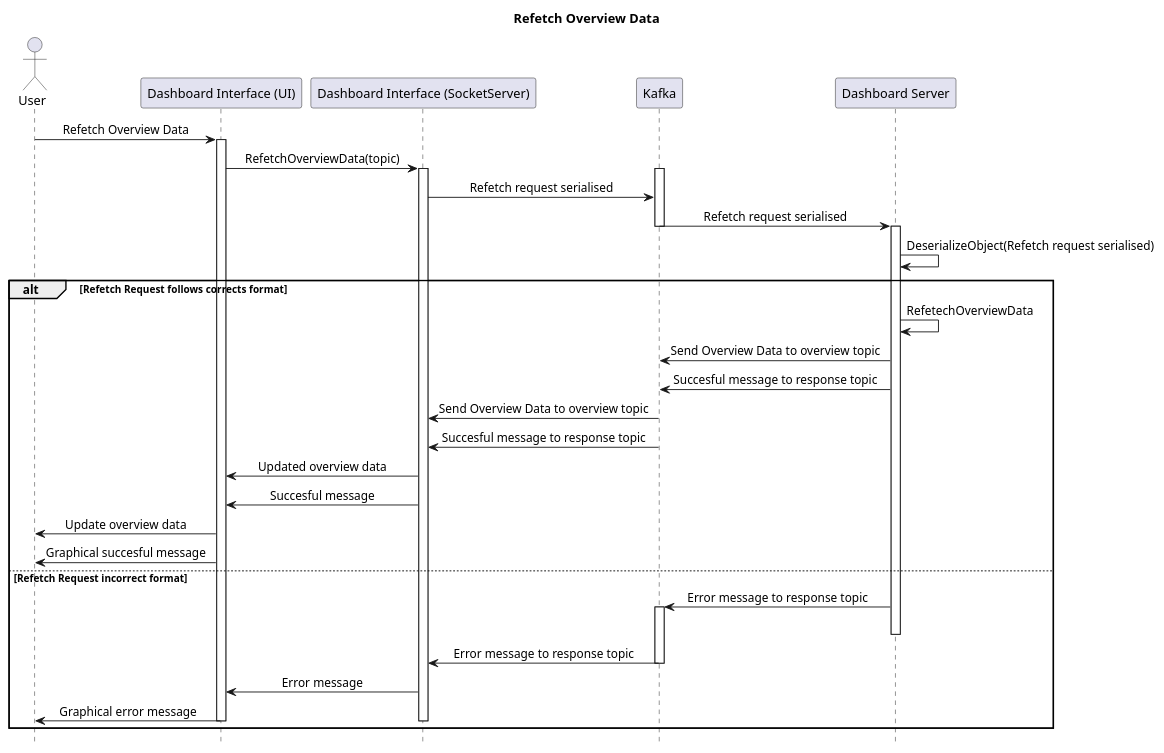
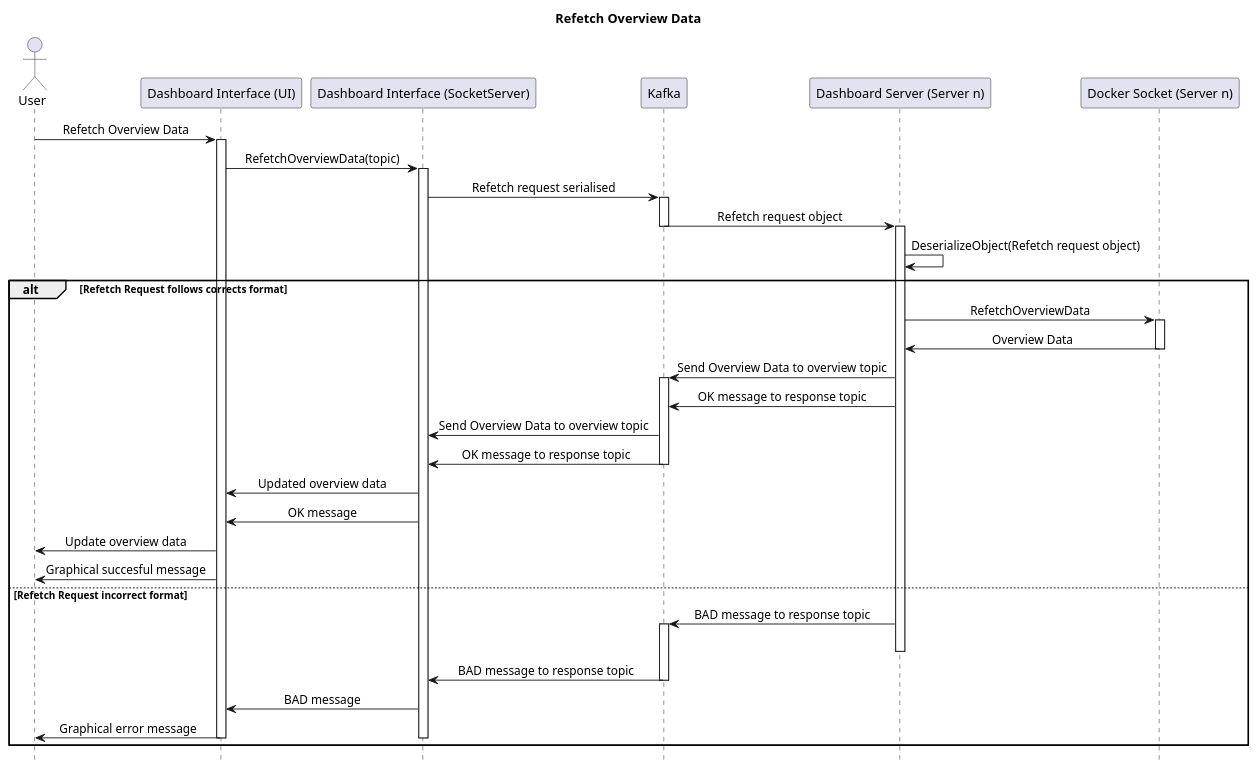
One commit to jakobhviid/ProjectLeapNode changed the diagram in Docs/ManagementMonitoringSequenceDiagrams/RefetchData.pu. Above: the diagram before and after it, drawn with PlantUML. The commit also changed 10 other files, not shown here.

Commit message:
Diagrams

```diff
--- a/Docs/ManagementMonitoringSequenceDiagrams/RefetchData.pu
+++ b/Docs/ManagementMonitoringSequenceDiagrams/RefetchData.pu
@@ -1,47 +1,56 @@
 @startuml
 hide footbox
 skinparam sequenceMessageAlign center
 
 Title "Refetch Overview Data"
 
-
 actor "User" as user
 
 participant "Dashboard Interface (UI)" as ui
 participant "Dashboard Interface (SocketServer)" as socketserver
 participant "Kafka" as kafka
-participant "Dashboard Server" as dserver
+participant "Dashboard Server (Server n)" as dserver
+participant "Docker Socket (Server n)" as docker
 
 user -> ui : Refetch Overview Data
 activate ui
 ui -> socketserver : RefetchOverviewData(topic)
 activate socketserver
+
+socketserver -> kafka : Refetch request serialised
 activate kafka
-socketserver -> kafka : Refetch request serialised
-kafka -> dserver : Refetch request serialised
+kafka -> dserver : Refetch request object
 deactivate kafka
 activate dserver
-dserver -> dserver : DeserializeObject(Refetch request serialised)
+dserver -> dserver : DeserializeObject(Refetch request object)
 
 alt Refetch Request follows corrects format
-    dserver -> dserver : RefetechOverviewData
+    dserver -> docker : RefetchOverviewData
+    activate docker
+    docker -> dserver : Overview Data
+    deactivate docker
+
     dserver -> kafka : Send Overview Data to overview topic
-    dserver -> kafka : Succesful message to response topic
+    activate kafka
+    dserver -> kafka : OK message to response topic
     kafka -> socketserver : Send Overview Data to overview topic
-    kafka -> socketserver : Succesful message to response topic
+    kafka -> socketserver : OK message to response topic
+    deactivate kafka
+
     socketserver -> ui : Updated overview data
-    socketserver -> ui : Succesful message
+    socketserver -> ui : OK message
+
     ui -> user : Update overview data
     ui -> user : Graphical succesful message
 else Refetch Request incorrect format
-    dserver -> kafka : Error message to response topic
+    dserver -> kafka : BAD message to response topic
     activate kafka
     deactivate dserver
-    kafka -> socketserver : Error message to response topic
+    kafka -> socketserver : BAD message to response topic
     deactivate kafka
-    socketserver -> ui : Error message
+    socketserver -> ui : BAD message
     ui -> user : Graphical error message
     deactivate ui
     deactivate socketserver
 end
 @enduml
```
